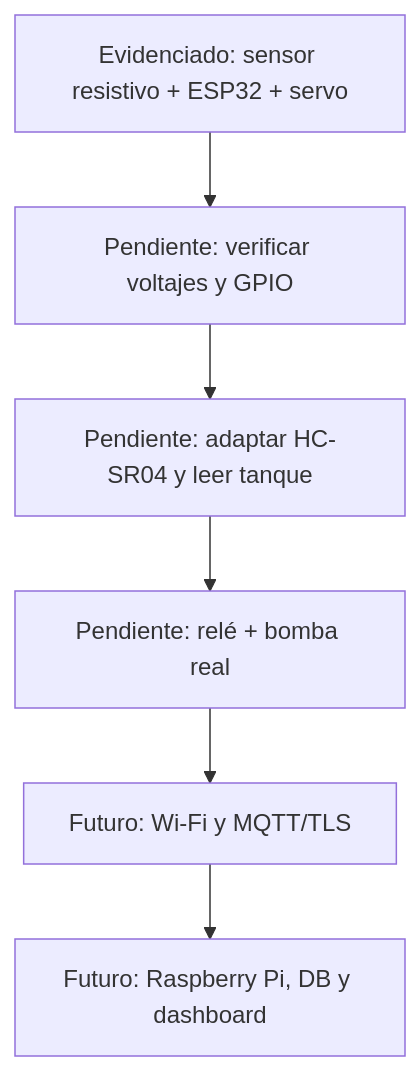
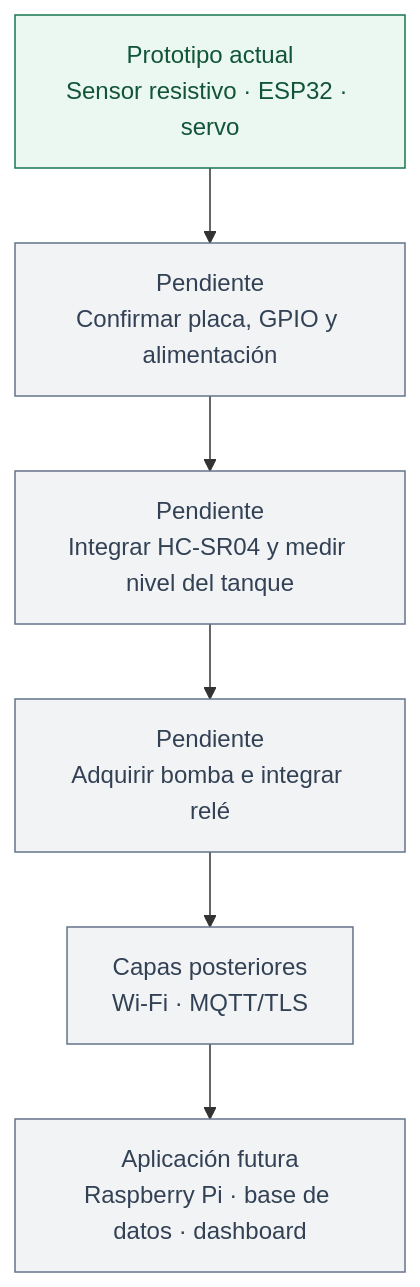
One commit to spalacioc05/jardin-inteligente-iot-capa-percepcion changed the diagram in assets/diagramas/evolucion.mmd. Above: the diagram before and after it, drawn with Mermaid. The commit also changed 24 other files, not shown here.

Commit message:
docs: refine perception deliverable and Mermaid diagrams; fix reference control error handling

```diff
--- a/assets/diagramas/evolucion.mmd
+++ b/assets/diagramas/evolucion.mmd
@@ -1,6 +1,10 @@
 flowchart TB
-  A["Evidenciado: sensor resistivo + ESP32 + servo"] --> B["Pendiente: verificar voltajes y GPIO"]
-  B --> C["Pendiente: adaptar HC-SR04 y leer tanque"]
-  C --> D["Pendiente: relé + bomba real"]
-  D --> E["Futuro: Wi-Fi y MQTT/TLS"]
-  E --> F["Futuro: Raspberry Pi, DB y dashboard"]
+  A["Prototipo actual<br/>Sensor resistivo · ESP32 · servo"] --> B["Pendiente<br/>Confirmar placa, GPIO y alimentación"]
+  B --> C["Pendiente<br/>Integrar HC-SR04 y medir nivel del tanque"]
+  C --> D["Pendiente<br/>Adquirir bomba e integrar relé"]
+  D --> E["Capas posteriores<br/>Wi-Fi · MQTT/TLS"]
+  E --> F["Aplicación futura<br/>Raspberry Pi · base de datos · dashboard"]
+  classDef actual fill:#eaf8f1,stroke:#187651,color:#12543a
+  classDef futuro fill:#f1f3f5,stroke:#64748b,color:#334155
+  class A actual
+  class B,C,D,E,F futuro
```
